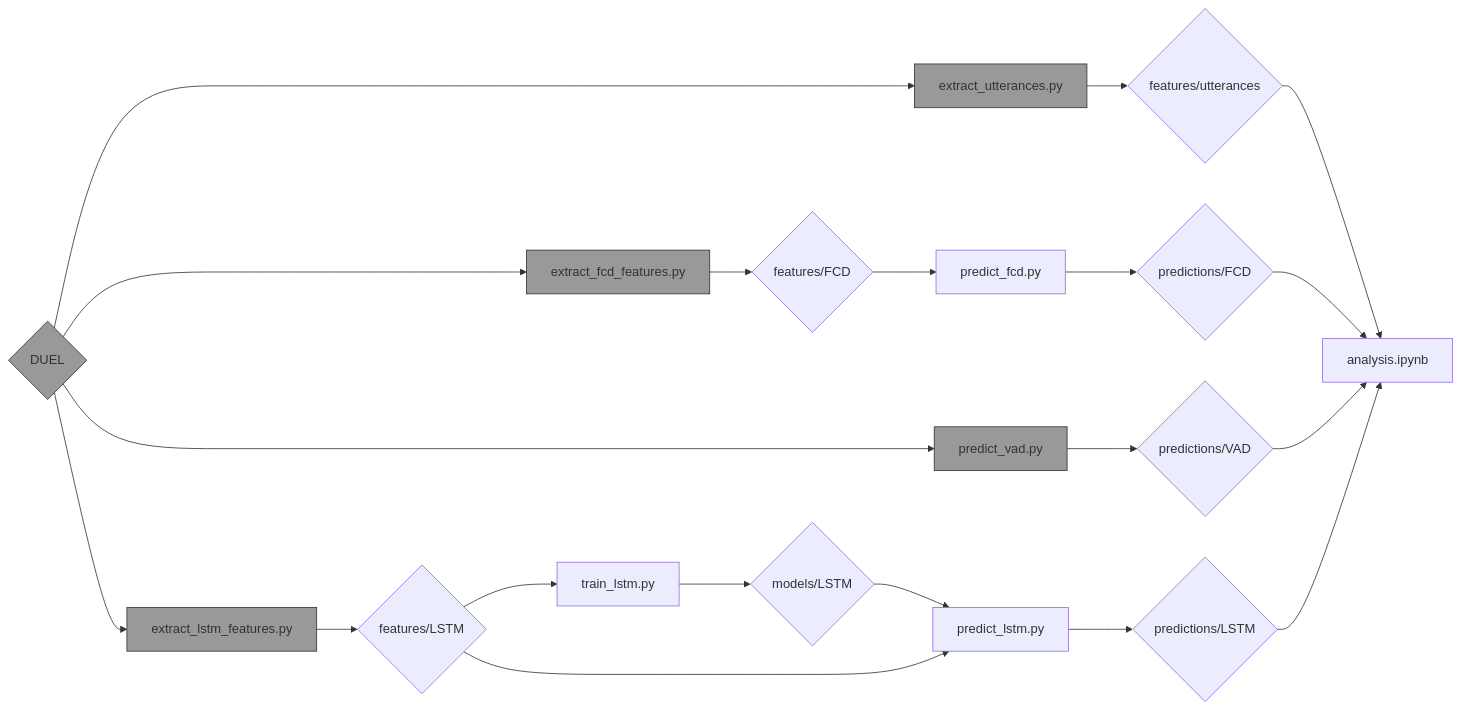
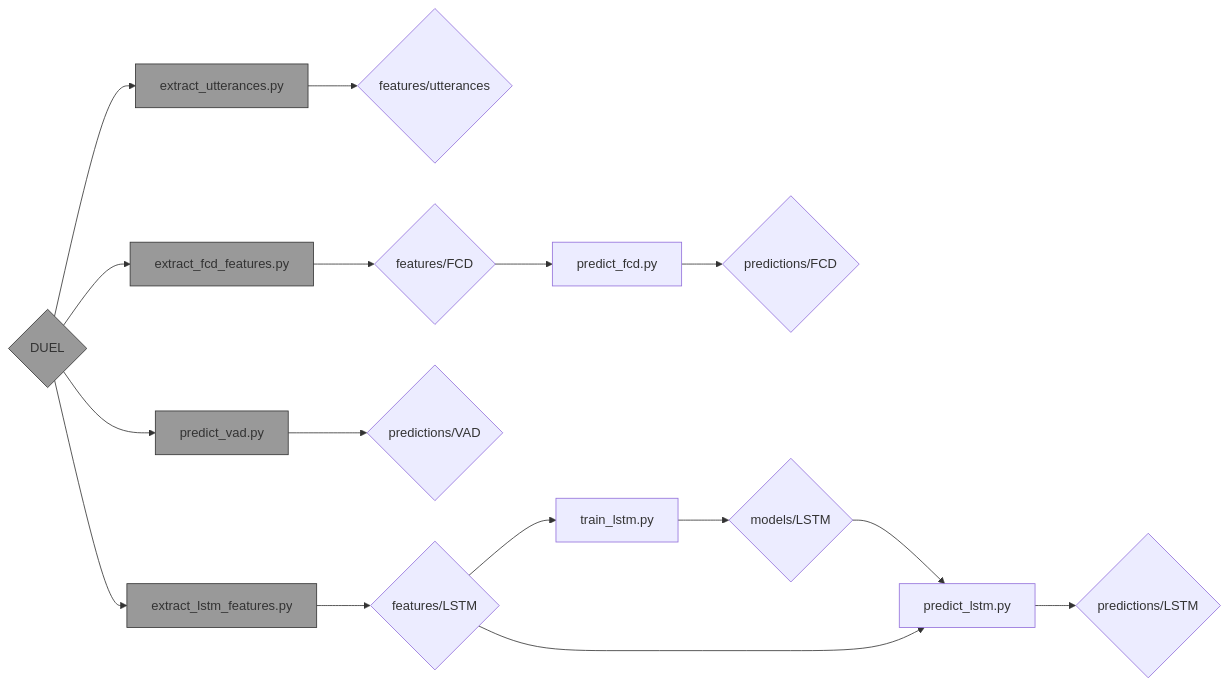
Before and after one commit to Nagasaki45/floor-control: the diagram in experiments/graphics/pipeline_graph.mmd, drawn with Mermaid. The commit also changed 3 other files, not shown here.

```diff
--- a/experiments/graphics/pipeline_graph.mmd
+++ b/experiments/graphics/pipeline_graph.mmd
@@ -1,26 +1,22 @@
 graph LR
   DUEL{DUEL} --> eUtt[extract_utterances.py]
   eUtt --> fUtt{features/utterances}
-  fUtt --> analysis[analysis.ipynb]
 
   DUEL --> eFCD[extract_fcd_features.py]
   eFCD --> fFCD{features/FCD}
   fFCD --> pFCD[predict_fcd.py]
   pFCD --> predictions/FCD{predictions/FCD}
-  predictions/FCD --> analysis
 
   DUEL --> pVAD[predict_vad.py]
   pVAD --> predictions/VAD{predictions/VAD}
-  predictions/VAD --> analysis
   
   DUEL --> eLSTM[extract_lstm_features.py]
   eLSTM --> fLSTM{features/LSTM}
   fLSTM --> tLSTM[train_lstm.py]
   tLSTM --> mLSTM{models/LSTM}
   mLSTM --> pLSTM[predict_lstm.py]
   fLSTM --> pLSTM
   pLSTM --> predictions/LSTM{predictions/LSTM}
-  predictions/LSTM --> analysis
 
   classDef dark fill:#999,stroke:#333;
   class DUEL,eUtt,eFCD,eLSTM,pVAD dark;
```
